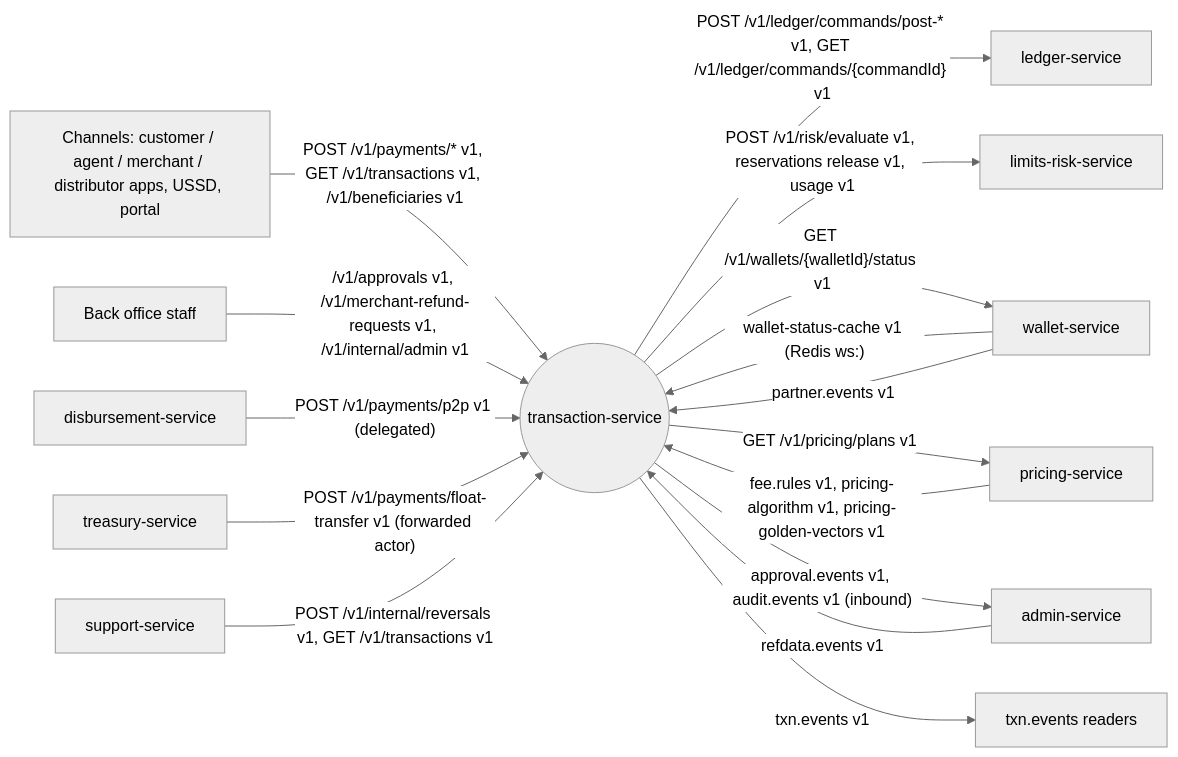
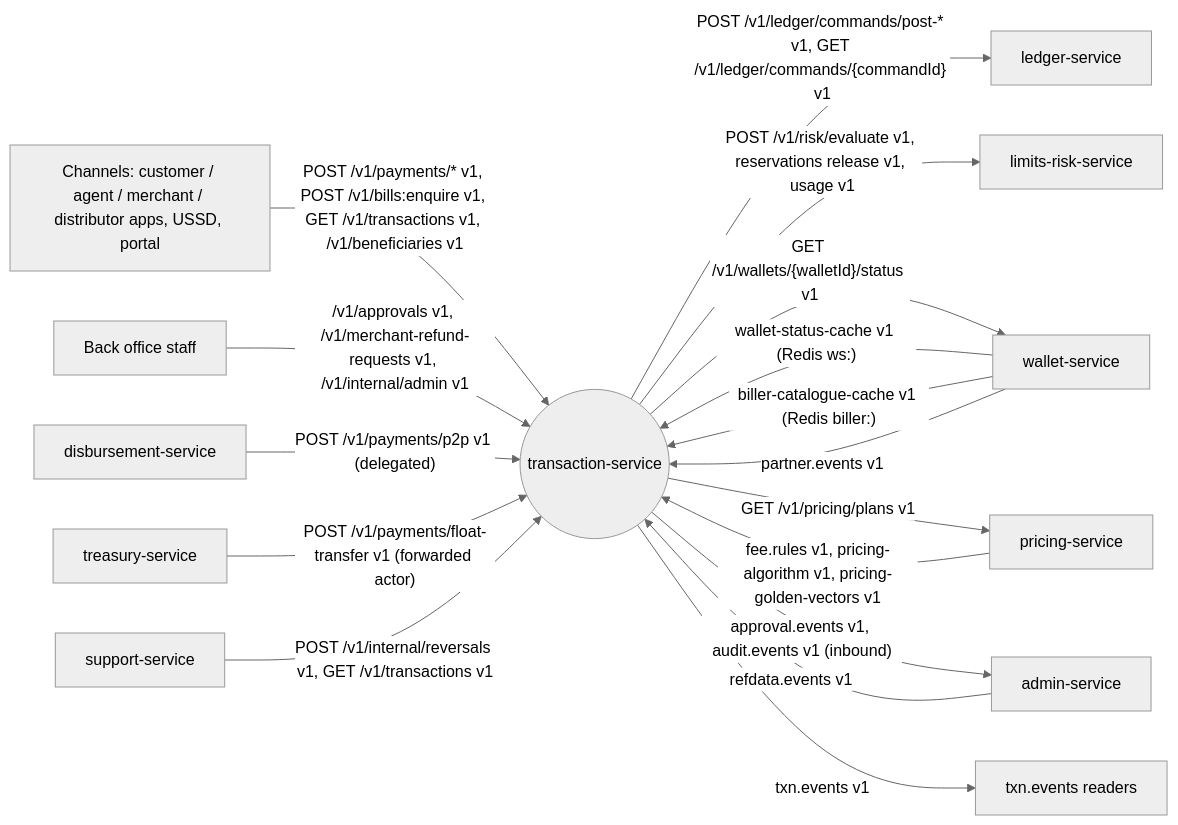
One commit to anarefin/bitspay-core changed the first of 17 diagrams in services/transaction-service/docs/SPEC.md. Above: the diagram before and after it, drawn with Mermaid (neutral theme). The commit also changed other lines of this file and 591 other files, not shown here.

````diff
--- a/services/transaction-service/docs/SPEC.md
+++ b/services/transaction-service/docs/SPEC.md
@@ -132,31 +152,32 @@
 ```mermaid
 flowchart LR
   APP["Channels: customer / agent / merchant / distributor apps, USSD, portal"]
   STAFF["Back office staff"]
   DISB["disbursement-service"]
   TRS["treasury-service"]
   SUP["support-service"]
   TX(("transaction-service"))
   LED["ledger-service"]
   LR["limits-risk-service"]
   WAL["wallet-service"]
   PRC["pricing-service"]
   ADM["admin-service"]
   CONS["txn.events readers"]
 
-  APP -- "POST /v1/payments/* v1, GET /v1/transactions v1, /v1/beneficiaries v1" --> TX
+  APP -- "POST /v1/payments/* v1, POST /v1/bills:enquire v1, GET /v1/transactions v1, /v1/beneficiaries v1" --> TX
   STAFF -- "/v1/approvals v1, /v1/merchant-refund-requests v1, /v1/internal/admin v1" --> TX
   DISB -- "POST /v1/payments/p2p v1 (delegated)" --> TX
   TRS -- "POST /v1/payments/float-transfer v1 (forwarded actor)" --> TX
   SUP -- "POST /v1/internal/reversals v1, GET /v1/transactions v1" --> TX
   TX -- "POST /v1/ledger/commands/post-* v1, GET /v1/ledger/commands/{commandId} v1" --> LED
   TX -- "POST /v1/risk/evaluate v1, reservations release v1, usage v1" --> LR
   TX -- "GET /v1/wallets/{walletId}/status v1" --> WAL
   WAL -- "wallet-status-cache v1 (Redis ws:)" --> TX
+  WAL -- "biller-catalogue-cache v1 (Redis biller:)" --> TX
   WAL -- "partner.events v1" --> TX
   TX -- "GET /v1/pricing/plans v1" --> PRC
   PRC -- "fee.rules v1, pricing-algorithm v1, pricing-golden-vectors v1" --> TX
   ADM -- "refdata.events v1" --> TX
   TX -- "approval.events v1, audit.events v1 (inbound)" --> ADM
   TX -- "txn.events v1" --> CONS
 ```
````
